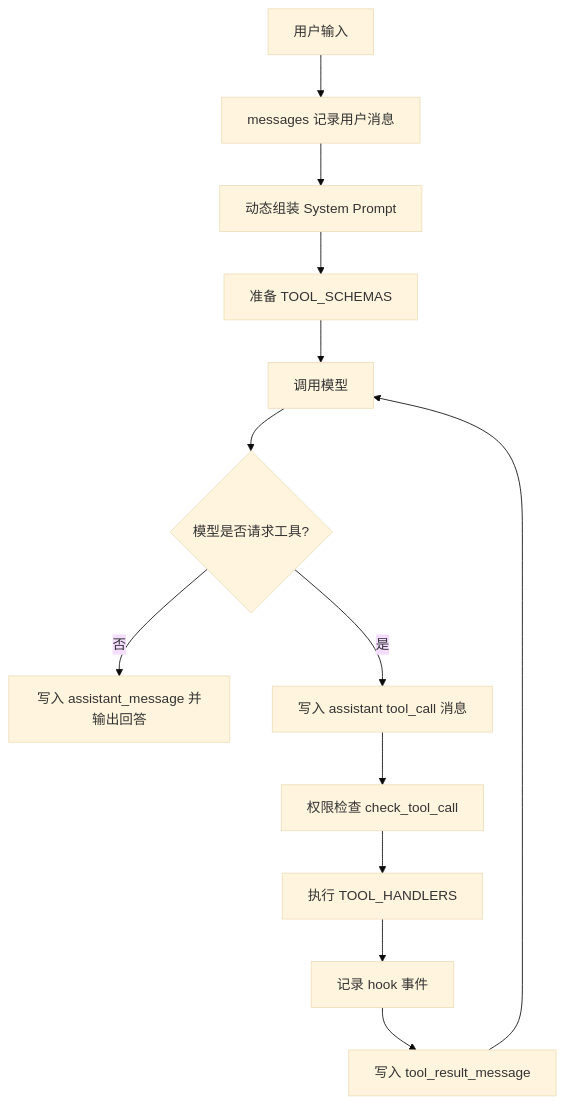
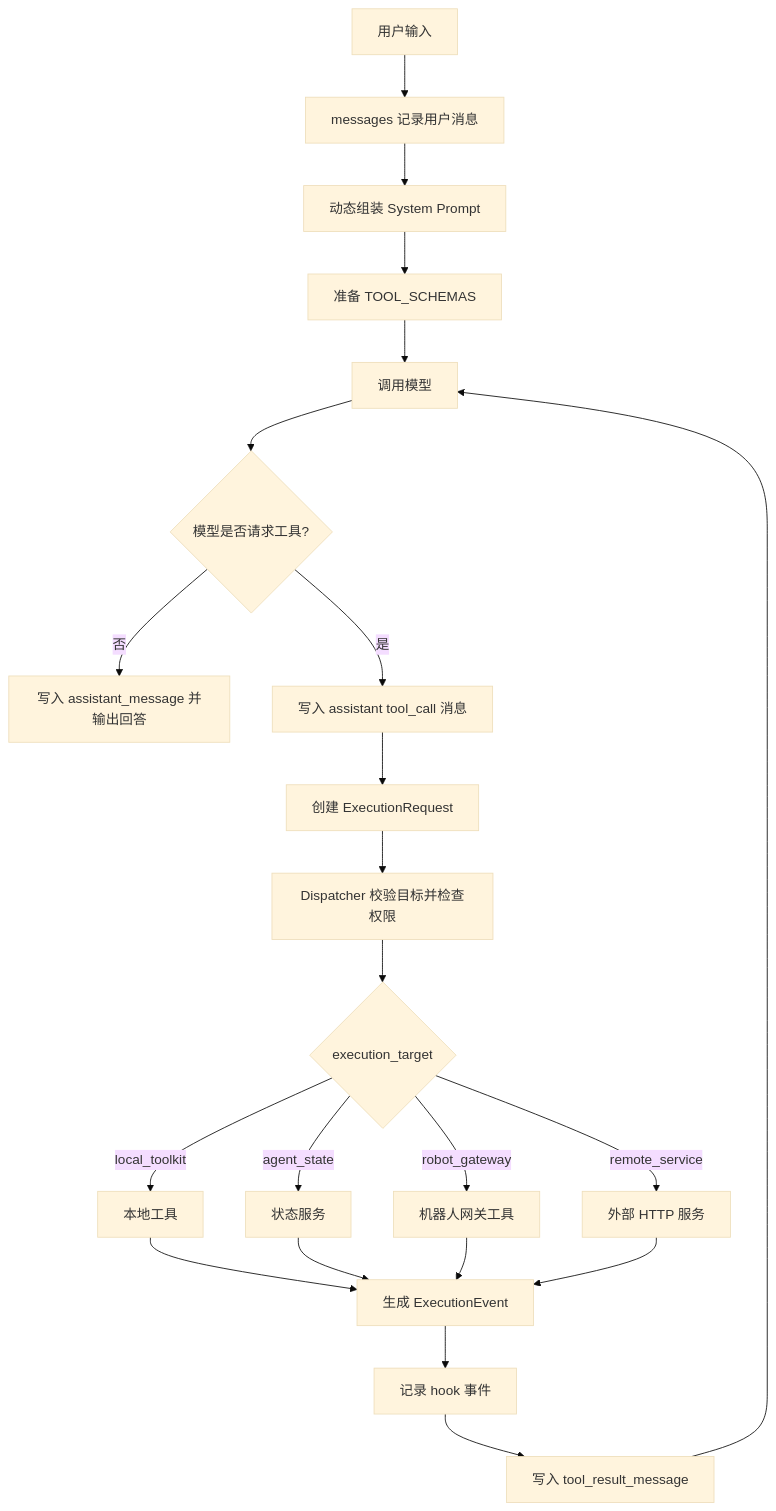
Before and after one commit to zhuzhu-WQ595/g1-mobile-manip-agent: the first of 3 diagrams in docs/agent_execution_chain.md, drawn with Mermaid (base theme). The commit also changed other lines of this file and 74 other files, not shown here.

Commit message:
feat: establish modular agent execution architecture

````diff
--- a/docs/agent_execution_chain.md
+++ b/docs/agent_execution_chain.md
@@ -60,15 +64,24 @@
 ```mermaid
 flowchart TD
     A[用户输入] --> B[messages 记录用户消息]
     B --> C[动态组装 System Prompt]
     C --> D[准备 TOOL_SCHEMAS]
     D --> E[调用模型]
     E --> F{模型是否请求工具?}
     F -- 否 --> G[写入 assistant_message 并输出回答]
     F -- 是 --> H[写入 assistant tool_call 消息]
-    H --> I[权限检查 check_tool_call]
-    I --> J[执行 TOOL_HANDLERS]
-    J --> K[记录 hook 事件]
+    H --> I[创建 ExecutionRequest]
+    I --> J[Dispatcher 校验目标并检查权限]
+    J --> M{execution_target}
+    M -->|local_toolkit| N[本地工具]
+    M -->|agent_state| O[状态服务]
+    M -->|robot_gateway| P[机器人网关工具]
+    M -->|remote_service| R[外部 HTTP 服务]
+    N --> Q[生成 ExecutionEvent]
+    O --> Q
+    P --> Q
+    R --> Q
+    Q --> K[记录 hook 事件]
     K --> L[写入 tool_result_message]
     L --> E
 ```
````
